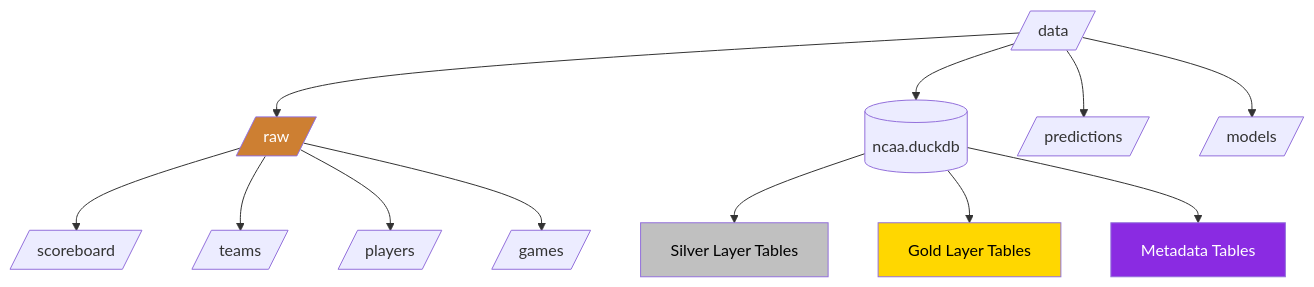
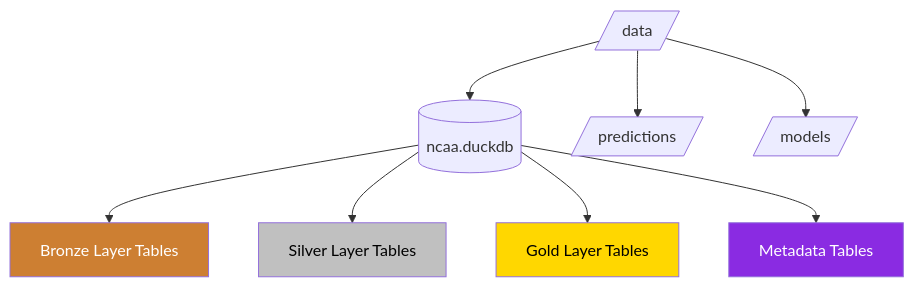
Before and after one commit to tim-mcdonnell/ncaa-prediction-model: the diagram in docs/architecture/data-directory-structure.md, drawn with Mermaid. The commit also changed other lines of this file and 22 other files, not shown here.

````diff
--- a/docs/architecture/data-directory-structure.md
+++ b/docs/architecture/data-directory-structure.md
@@ -14,21 +14,16 @@
 ```mermaid
 flowchart TD
-    D[/data/] --> B[/raw/]
-    D --> DB[(ncaa.duckdb)]
+    D[/data/] --> DB[(ncaa.duckdb)]
     D --> P[/predictions/]
-    D --> M[/models/]
+    D --> MD[/models/]
 
-    B --> B1[/scoreboard/]
-    B --> B2[/teams/]
-    B --> B3[/players/]
-    B --> B4[/games/]
-
+    DB --> B[Bronze Layer Tables]
     DB --> S[Silver Layer Tables]
     DB --> G[Gold Layer Tables]
-    DB --> MD[Metadata Tables]
+    DB --> MT[Metadata Tables]
 
     style B fill:#cd7f32,color:white
     style S fill:#c0c0c0,color:black
     style G fill:#ffd700,color:black
-    style MD fill:#8a2be2,color:white
+    style MT fill:#8a2be2,color:white
 ```
````
